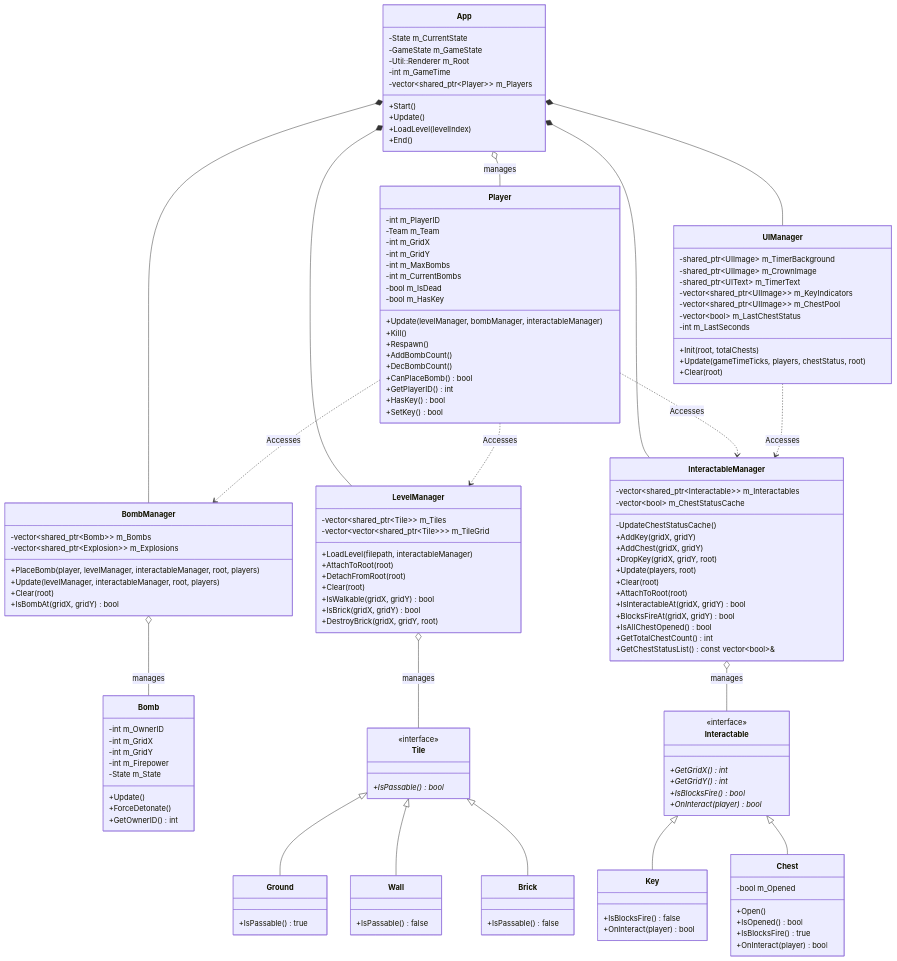
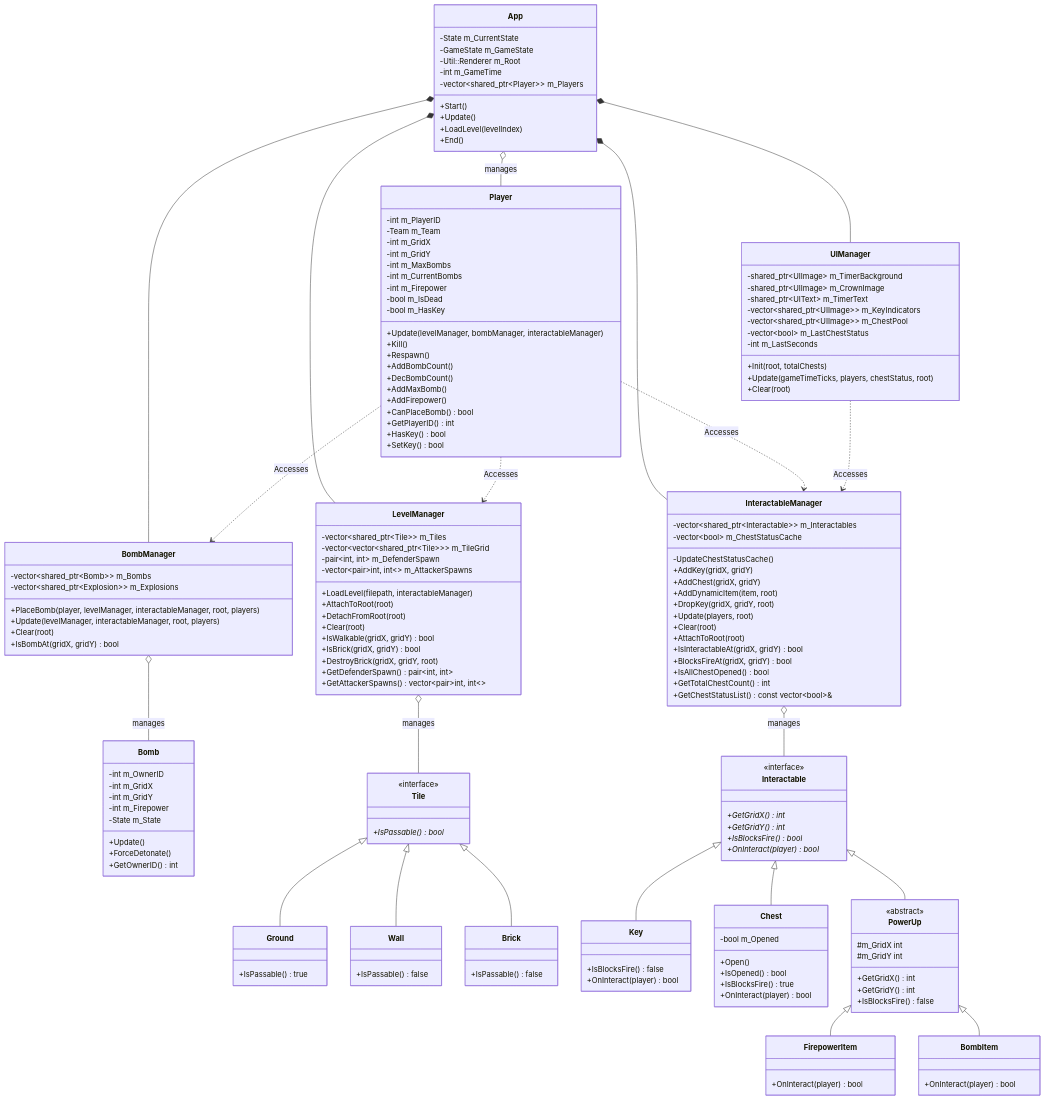
The second of 2 diagrams in Proposal.md (chingyen06/OOPL-Super-Bomberman), drawn with Mermaid before and after one commit. The commit also changed 3 other files, not shown here.

Commit message:
feat: 遊戲角色重生點改為自動偵測地圖標記

```diff
--- a/Proposal.md
+++ b/Proposal.md
@@ -189,6 +189,8 @@
     class LevelManager {
         -vector~shared_ptr~Tile~~ m_Tiles
         -vector~vector~shared_ptr~Tile~~~ m_TileGrid
+        -pair~int, int~ m_DefenderSpawn
+        -vector~pair~int, int~~ m_AttackerSpawns
         +LoadLevel(filepath, interactableManager)
         +AttachToRoot(root)
         +DetachFromRoot(root)
@@ -196,6 +198,8 @@
         +IsWalkable(gridX, gridY) bool
         +IsBrick(gridX, gridY) bool
         +DestroyBrick(gridX, gridY, root)
+        +GetDefenderSpawn() pair~int, int~
+        +GetAttackerSpawns() vector~pair~int, int~~
     }
 
     class BombManager {
@@ -213,6 +217,7 @@
         -UpdateChestStatusCache()
         +AddKey(gridX, gridY)
         +AddChest(gridX, gridY)
+        +AddDynamicItem(item, root)
         +DropKey(gridX, gridY, root)
         +Update(players, root)
         +Clear(root)
@@ -244,6 +249,7 @@
         -int m_GridY
         -int m_MaxBombs
         -int m_CurrentBombs
+        -int m_Firepower
         -bool m_IsDead
         -bool m_HasKey
         +Update(levelManager, bombManager, interactableManager)
@@ -251,6 +257,8 @@
         +Respawn()
         +AddBombCount()
         +DecBombCount()
+        +AddMaxBomb()
+        +AddFirepower()
         +CanPlaceBomb() bool
         +GetPlayerID() int
         +HasKey() bool
@@ -303,9 +311,26 @@
         +IsBlocksFire() true
         +OnInteract(player) bool
     }
+    class PowerUp {
+        <<abstract>>
+        #m_GridX int
+        #m_GridY int
+        +GetGridX() int
+        +GetGridY() int
+        +IsBlocksFire() false
+    }
+    class FirepowerItem {
+        +OnInteract(player) bool
+    }
+    class BombItem {
+        +OnInteract(player) bool
+    }
+
     Interactable <|-- Key
     Interactable <|-- Chest
-
+    Interactable <|-- PowerUp
+    PowerUp <|-- FirepowerItem
+    PowerUp <|-- BombItem
 
     App *-- LevelManager
     App *-- BombManager
```
